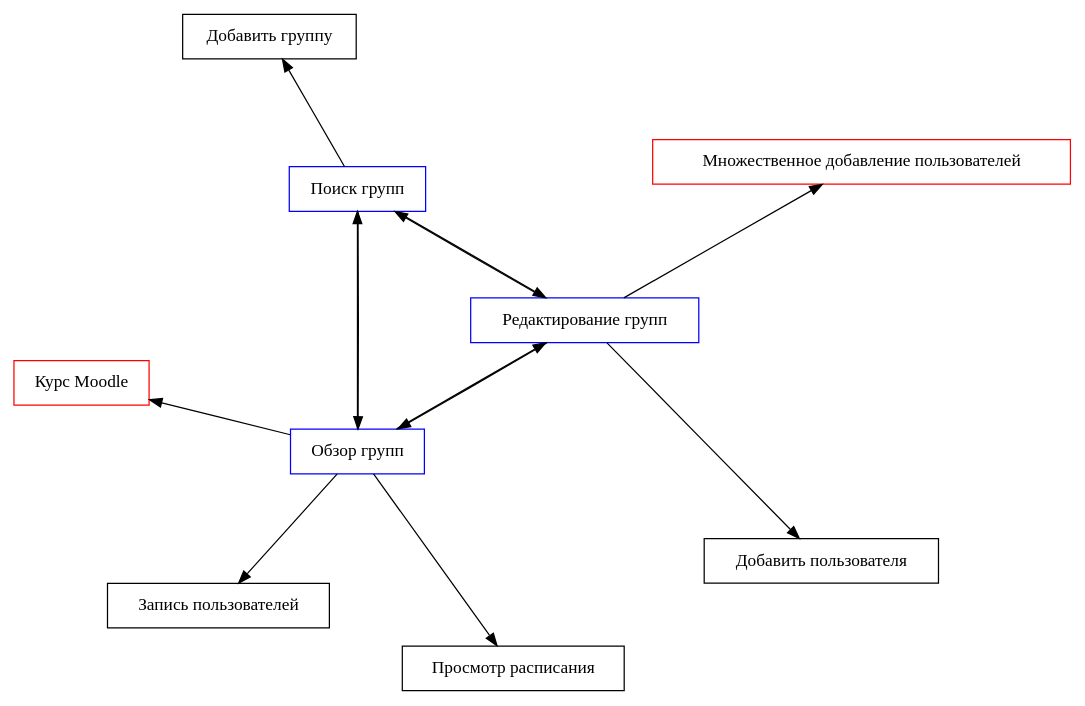
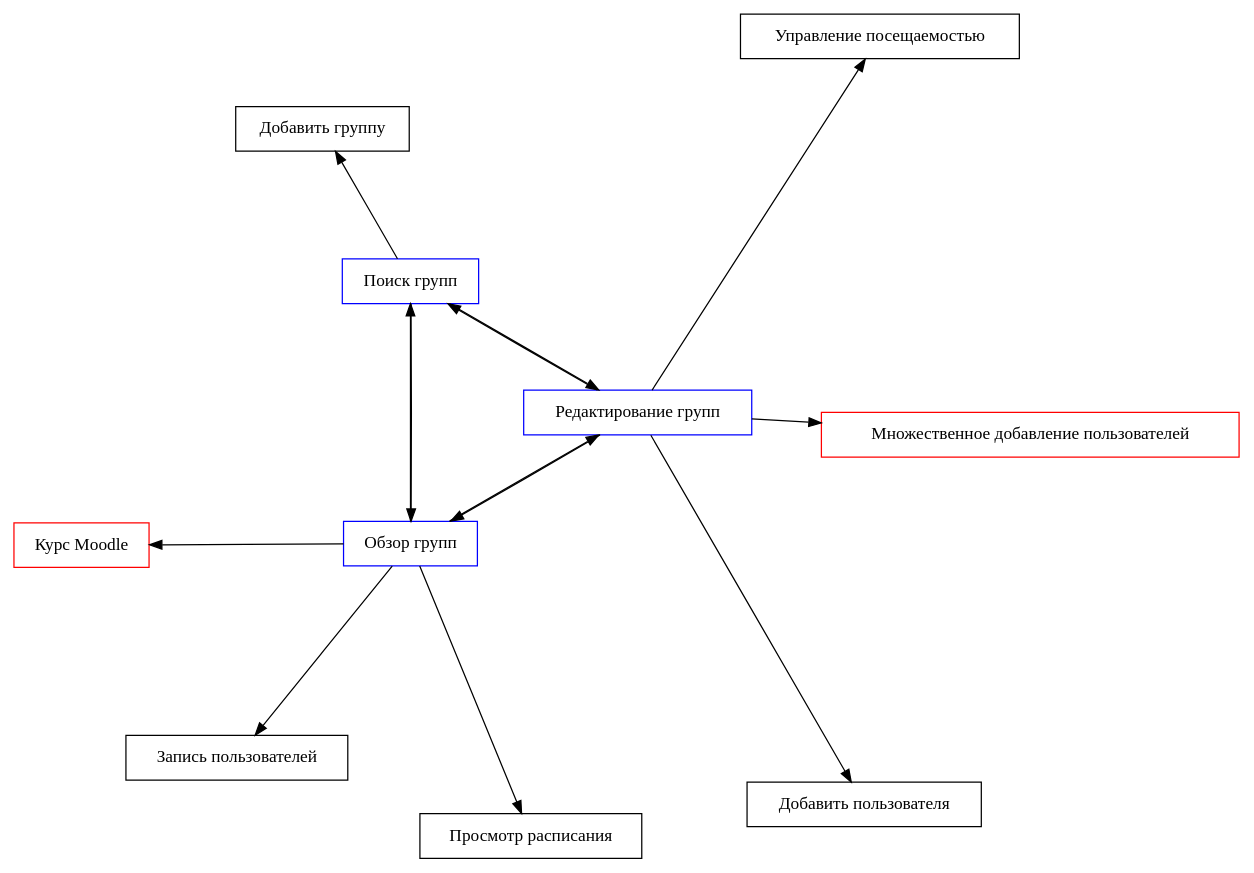
The diagram in Text/schemas/UI.dot (AsciiShell/SchoolLMS), drawn with Graphviz before and after one commit. The commit also changed 4 other files, not shown here.

```diff
--- a/Text/schemas/UI.dot
+++ b/Text/schemas/UI.dot
@@ -1,30 +1,32 @@
 digraph UI {
 
 layout=circo;
 graph [nodesep="0"];
 node[shape=rect];
 
 list_g [label = "Обзор групп" color=blue]
 find_g [label = "Поиск групп" color=blue]
 edit_g [label = "Редактирование групп" color=blue]
 m_course [label = "Курс Moodle" color=red]
 b_enrol [label = "Запись пользователей"]
 b_scheduler [label = "Просмотр расписания"]
 b_add_g [label = "Добавить группу"]
 b_user_add [label = "Добавить пользователя"]
 m_bulk [label = "Множественное добавление пользователей" color=red]
+m_visits [label = "Управление посещаемостью"]
 
 list_g -> find_g;
 list_g -> edit_g;
 find_g -> list_g;
 find_g -> edit_g;
 edit_g -> list_g;
 edit_g -> find_g;
 
 list_g -> m_course;
 list_g -> b_enrol;
 list_g -> b_scheduler;
 find_g -> b_add_g;
 edit_g -> b_user_add;
 edit_g -> m_bulk;
+edit_g -> m_visits;
 }
```
